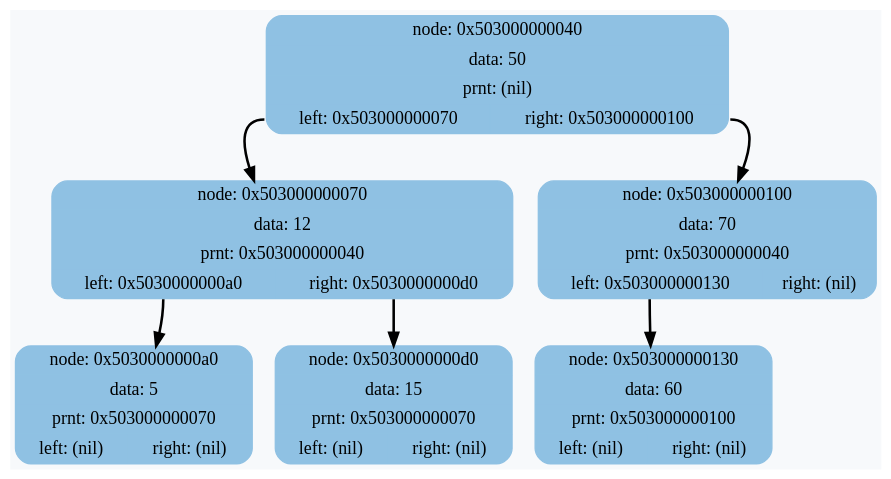
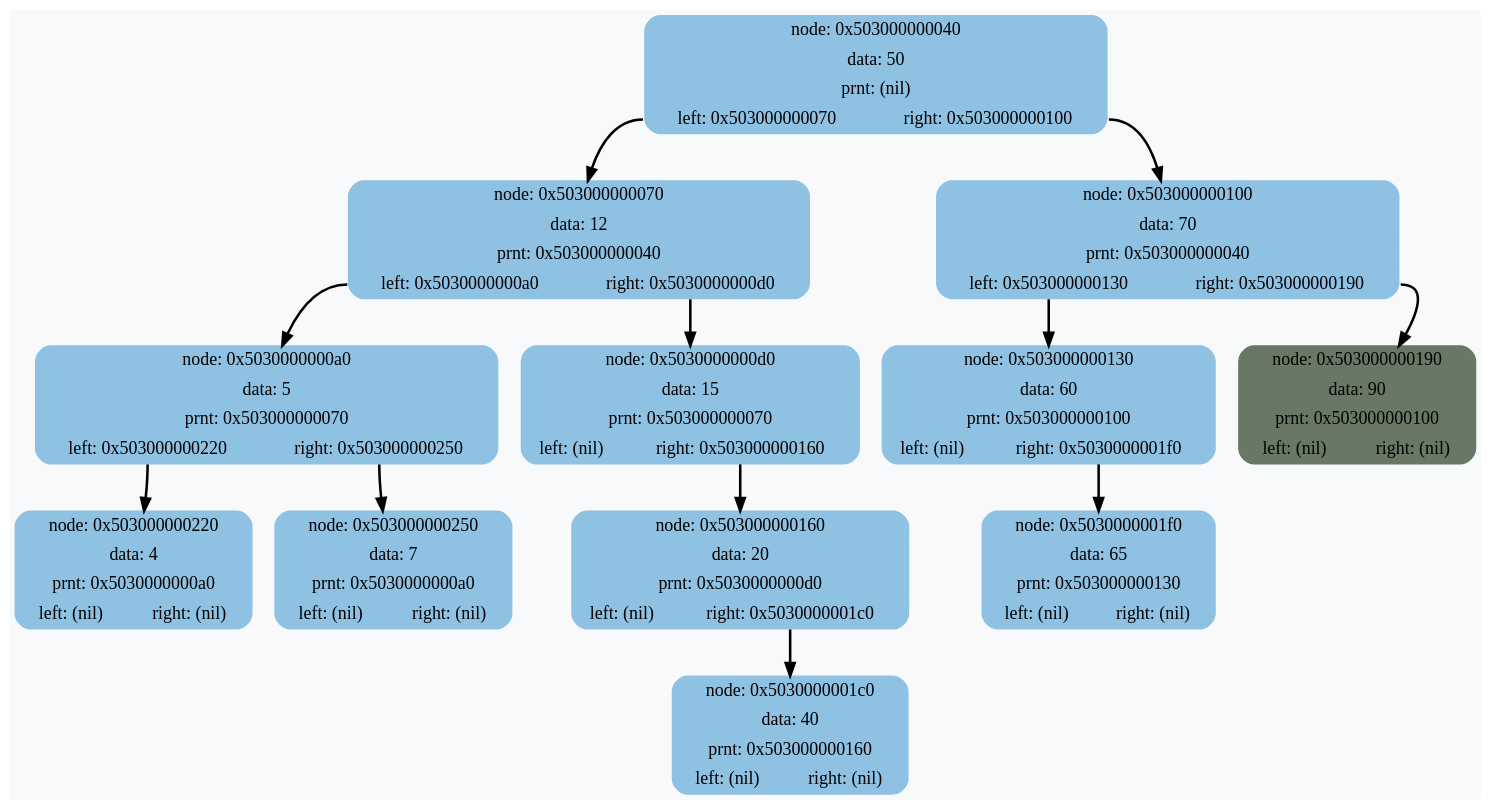
The diagram in DumpTree.dot (RTCupid/BINARY_TREE), drawn with Graphviz before and after one commit. The commit also changed 9 other files, not shown here.

```diff
--- a/DumpTree.dot
+++ b/DumpTree.dot
@@ -1,15 +1,27 @@
 digraph G {
 	rankdir = HR;
 	bgcolor="#F7F9FB"
 	 node0x503000000040 [shape=Mrecord; style=filled; color="#8FC1E3"; label =  "{node: 0x503000000040 | data:  50 | prnt: (nil) | {<left>left: 0x503000000070 | <right>right: 0x503000000100}  }" ];
 	 node0x503000000040:<left> -> node0x503000000070 [style=bold; weight=1000; ];
 	 node0x503000000040:<right> -> node0x503000000100 [style=bold; weight=1000; ];
 	 node0x503000000070 [shape=Mrecord; style=filled; color="#8FC1E3"; label =  "{node: 0x503000000070 | data:  12 | prnt: 0x503000000040 | {<left>left: 0x5030000000a0 | <right>right: 0x5030000000d0}  }" ];
 	 node0x503000000070:<left> -> node0x5030000000a0 [style=bold; weight=1000; ];
 	 node0x503000000070:<right> -> node0x5030000000d0 [style=bold; weight=1000; ];
-	 node0x5030000000a0 [shape=Mrecord; style=filled; color="#8FC1E3"; label =  "{node: 0x5030000000a0 | data:   5 | prnt: 0x503000000070 | {<left>left: (nil) | <right>right: (nil)}  }" ];
-	 node0x5030000000d0 [shape=Mrecord; style=filled; color="#8FC1E3"; label =  "{node: 0x5030000000d0 | data:  15 | prnt: 0x503000000070 | {<left>left: (nil) | <right>right: (nil)}  }" ];
-	 node0x503000000100 [shape=Mrecord; style=filled; color="#8FC1E3"; label =  "{node: 0x503000000100 | data:  70 | prnt: 0x503000000040 | {<left>left: 0x503000000130 | <right>right: (nil)}  }" ];
+	 node0x5030000000a0 [shape=Mrecord; style=filled; color="#8FC1E3"; label =  "{node: 0x5030000000a0 | data:   5 | prnt: 0x503000000070 | {<left>left: 0x503000000220 | <right>right: 0x503000000250}  }" ];
+	 node0x5030000000a0:<left> -> node0x503000000220 [style=bold; weight=1000; ];
+	 node0x5030000000a0:<right> -> node0x503000000250 [style=bold; weight=1000; ];
+	 node0x503000000220 [shape=Mrecord; style=filled; color="#8FC1E3"; label =  "{node: 0x503000000220 | data:   4 | prnt: 0x5030000000a0 | {<left>left: (nil) | <right>right: (nil)}  }" ];
+	 node0x503000000250 [shape=Mrecord; style=filled; color="#8FC1E3"; label =  "{node: 0x503000000250 | data:   7 | prnt: 0x5030000000a0 | {<left>left: (nil) | <right>right: (nil)}  }" ];
+	 node0x5030000000d0 [shape=Mrecord; style=filled; color="#8FC1E3"; label =  "{node: 0x5030000000d0 | data:  15 | prnt: 0x503000000070 | {<left>left: (nil) | <right>right: 0x503000000160}  }" ];
+	 node0x5030000000d0:<right> -> node0x503000000160 [style=bold; weight=1000; ];
+	 node0x503000000160 [shape=Mrecord; style=filled; color="#8FC1E3"; label =  "{node: 0x503000000160 | data:  20 | prnt: 0x5030000000d0 | {<left>left: (nil) | <right>right: 0x5030000001c0}  }" ];
+	 node0x503000000160:<right> -> node0x5030000001c0 [style=bold; weight=1000; ];
+	 node0x5030000001c0 [shape=Mrecord; style=filled; color="#8FC1E3"; label =  "{node: 0x5030000001c0 | data:  40 | prnt: 0x503000000160 | {<left>left: (nil) | <right>right: (nil)}  }" ];
+	 node0x503000000100 [shape=Mrecord; style=filled; color="#8FC1E3"; label =  "{node: 0x503000000100 | data:  70 | prnt: 0x503000000040 | {<left>left: 0x503000000130 | <right>right: 0x503000000190}  }" ];
 	 node0x503000000100:<left> -> node0x503000000130 [style=bold; weight=1000; ];
-	 node0x503000000130 [shape=Mrecord; style=filled; color="#8FC1E3"; label =  "{node: 0x503000000130 | data:  60 | prnt: 0x503000000100 | {<left>left: (nil) | <right>right: (nil)}  }" ];
+	 node0x503000000100:<right> -> node0x503000000190 [style=bold; weight=1000; ];
+	 node0x503000000130 [shape=Mrecord; style=filled; color="#8FC1E3"; label =  "{node: 0x503000000130 | data:  60 | prnt: 0x503000000100 | {<left>left: (nil) | <right>right: 0x5030000001f0}  }" ];
+	 node0x503000000130:<right> -> node0x5030000001f0 [style=bold; weight=1000; ];
+	 node0x5030000001f0 [shape=Mrecord; style=filled; color="#8FC1E3"; label =  "{node: 0x5030000001f0 | data:  65 | prnt: 0x503000000130 | {<left>left: (nil) | <right>right: (nil)}  }" ];
+	 node0x503000000190 [shape=Mrecord; style=filled; color="#687864"; label =  "{node: 0x503000000190 | data:  90 | prnt: 0x503000000100 | {<left>left: (nil) | <right>right: (nil)}  }" ];
 }
```
